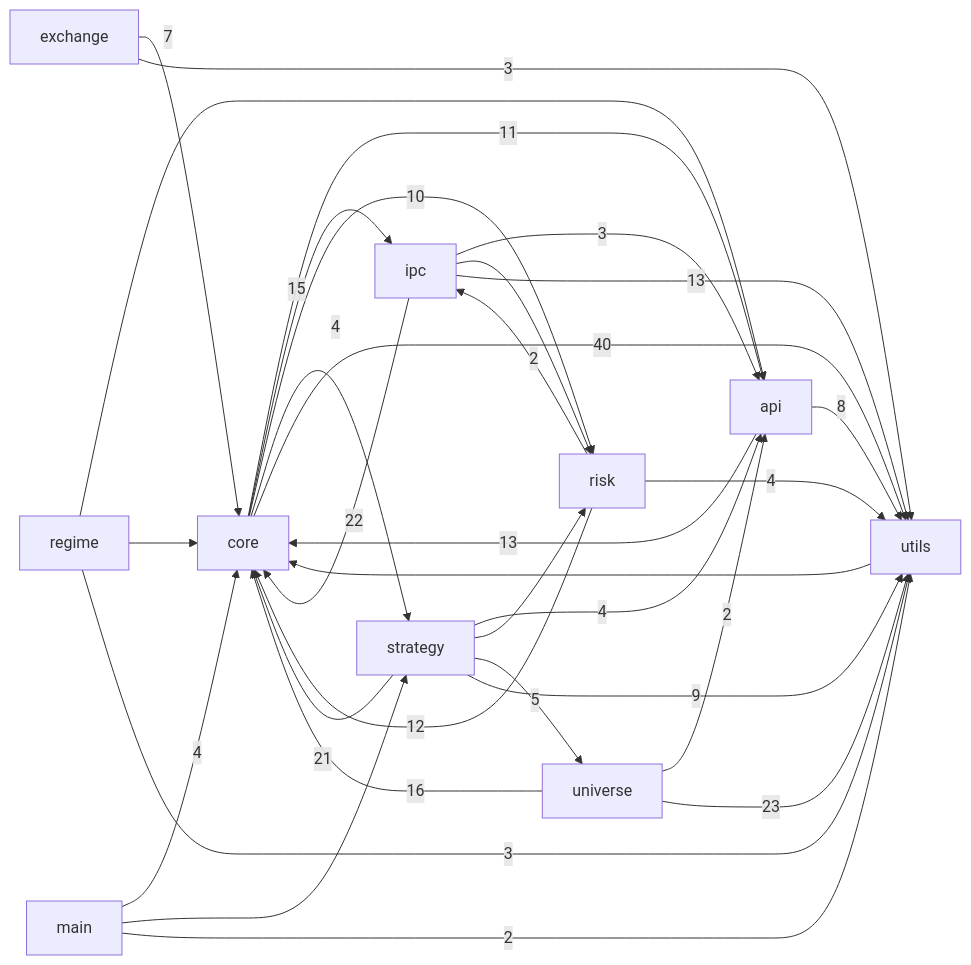
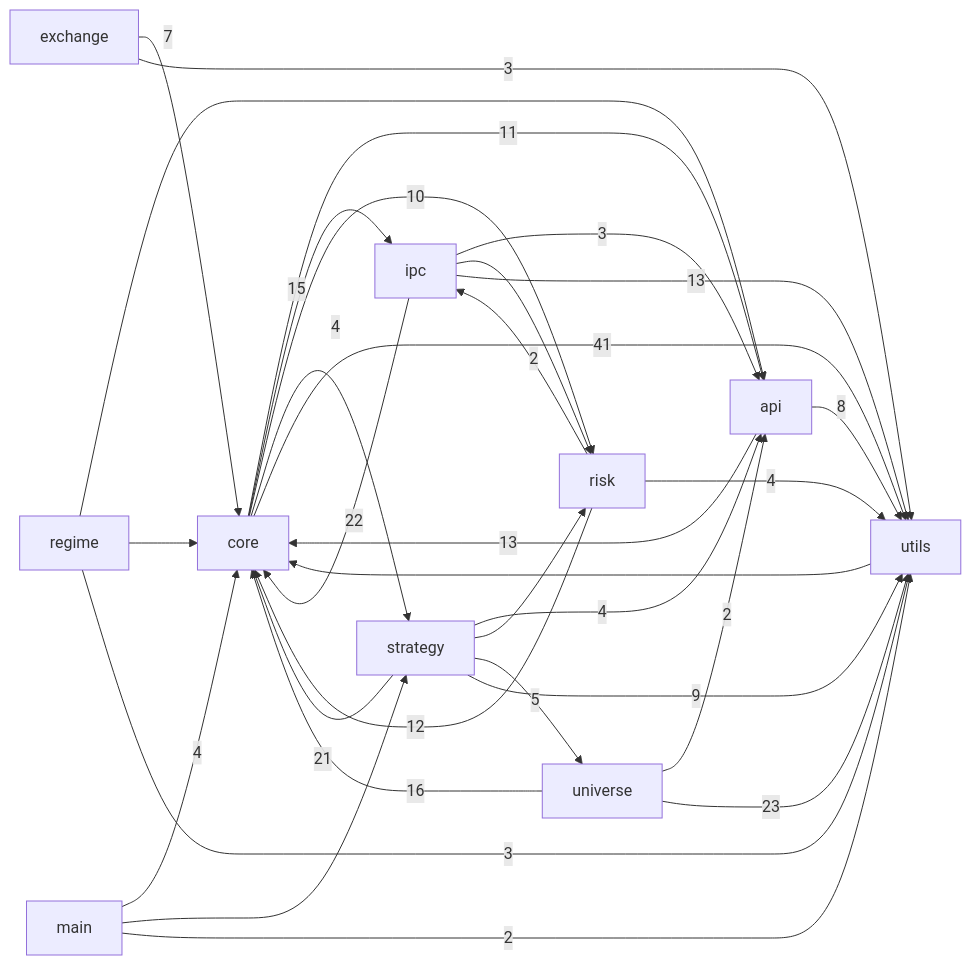
Before and after one commit to pypy8171/Quant: the first of 3 diagrams in docs/CODE_GRAPH.md, drawn with Mermaid. The commit also changed other lines of this file and 25 other files, not shown here.

````diff
--- a/docs/CODE_GRAPH.md
+++ b/docs/CODE_GRAPH.md
@@ -10,44 +10,44 @@
 ```mermaid
 graph LR
   main[main]
   core[core]
   strategy[strategy]
   api[api]
   universe[universe]
   risk[risk]
   ipc[ipc]
   utils[utils]
   exchange[exchange]
   regime[regime]
   api -->|13| core
   api -->|8| utils
   core -->|11| api
   core -->|15| ipc
   core -->|10| risk
   core -->|4| strategy
-  core -->|40| utils
+  core -->|41| utils
   exchange -->|7| core
   exchange -->|3| utils
   ipc -->|3| api
   ipc -->|22| core
   ipc --> risk
   ipc -->|13| utils
   main -->|4| core
   main --> strategy
   main -->|2| utils
   regime --> api
   regime --> core
   regime -->|3| utils
   risk -->|12| core
   risk -->|2| ipc
   risk -->|4| utils
   strategy -->|4| api
   strategy -->|21| core
   strategy --> risk
   strategy -->|5| universe
   strategy -->|9| utils
   universe -->|2| api
   universe -->|16| core
   universe -->|23| utils
   utils --> core
 ```
````
